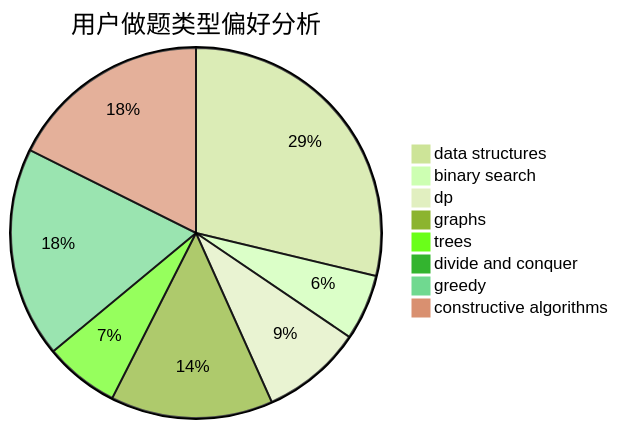
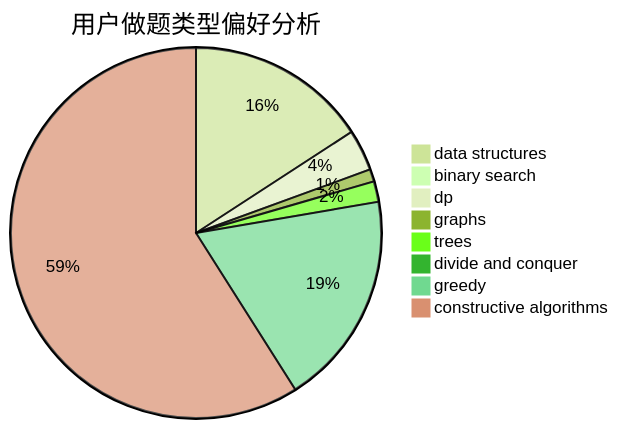
The second of 3 diagrams in docs/user/u1373.md (sherpahu/cfrs.github.io), drawn with Mermaid (forest theme) before and after one commit. The commit also changed other lines of this file and 2770 other files, not shown here.

````diff
--- a/docs/user/u1373.md
+++ b/docs/user/u1373.md
@@ -23,11 +23,11 @@
 ```mermaid
 pie title 用户做题类型偏好分析
-    "data structures" :  75
-    "binary search" :  15
-    "dp" :  23
-    "graphs" :  37
-    "trees" :  17
+    "data structures" :  44
+    "binary search" :  1
+    "dp" :  10
+    "graphs" :  3
+    "trees" :  5
     "divide and conquer" :  0
-    "greedy" :  48
-    "constructive algorithms" :  46
+    "greedy" :  52
+    "constructive algorithms" :  164
 ```
````
